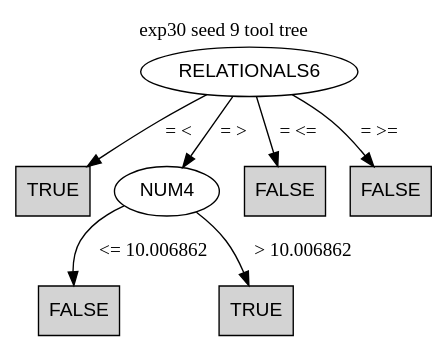
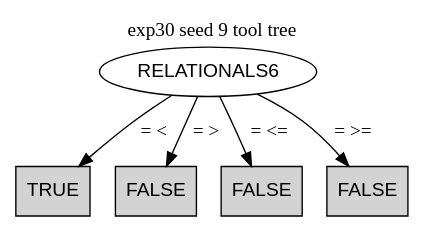
The diagram in derived_results/tool_trees/exp30/seed9/tool_tree.dot (rdinizcal/Diagnosis-replication-package), drawn with Graphviz before and after one commit. The commit also changed 666 other files, not shown here.

```diff
--- a/derived_results/tool_trees/exp30/seed9/tool_tree.dot
+++ b/derived_results/tool_trees/exp30/seed9/tool_tree.dot
@@ -1,18 +1,14 @@
 digraph J48Tree {
 rankdir=TB;
 node [fontname=Helvetica];
 label="exp30 seed 9 tool tree"; labelloc=t;
 N0 [label="RELATIONALS6",shape=ellipse];
 N1 [label="TRUE",shape=box,style=filled,fillcolor=lightgray];
-N2 [label="NUM4",shape=ellipse];
+N2 [label="FALSE",shape=box,style=filled,fillcolor=lightgray];
 N3 [label="FALSE",shape=box,style=filled,fillcolor=lightgray];
-N4 [label="TRUE",shape=box,style=filled,fillcolor=lightgray];
-N5 [label="FALSE",shape=box,style=filled,fillcolor=lightgray];
-N6 [label="FALSE",shape=box,style=filled,fillcolor=lightgray];
+N4 [label="FALSE",shape=box,style=filled,fillcolor=lightgray];
 N0 -> N1 [label="= <"];
 N0 -> N2 [label="= >"];
-N2 -> N3 [label="<= 10.006862"];
-N2 -> N4 [label="> 10.006862"];
-N0 -> N5 [label="= <="];
-N0 -> N6 [label="= >="];
+N0 -> N3 [label="= <="];
+N0 -> N4 [label="= >="];
 }
```
